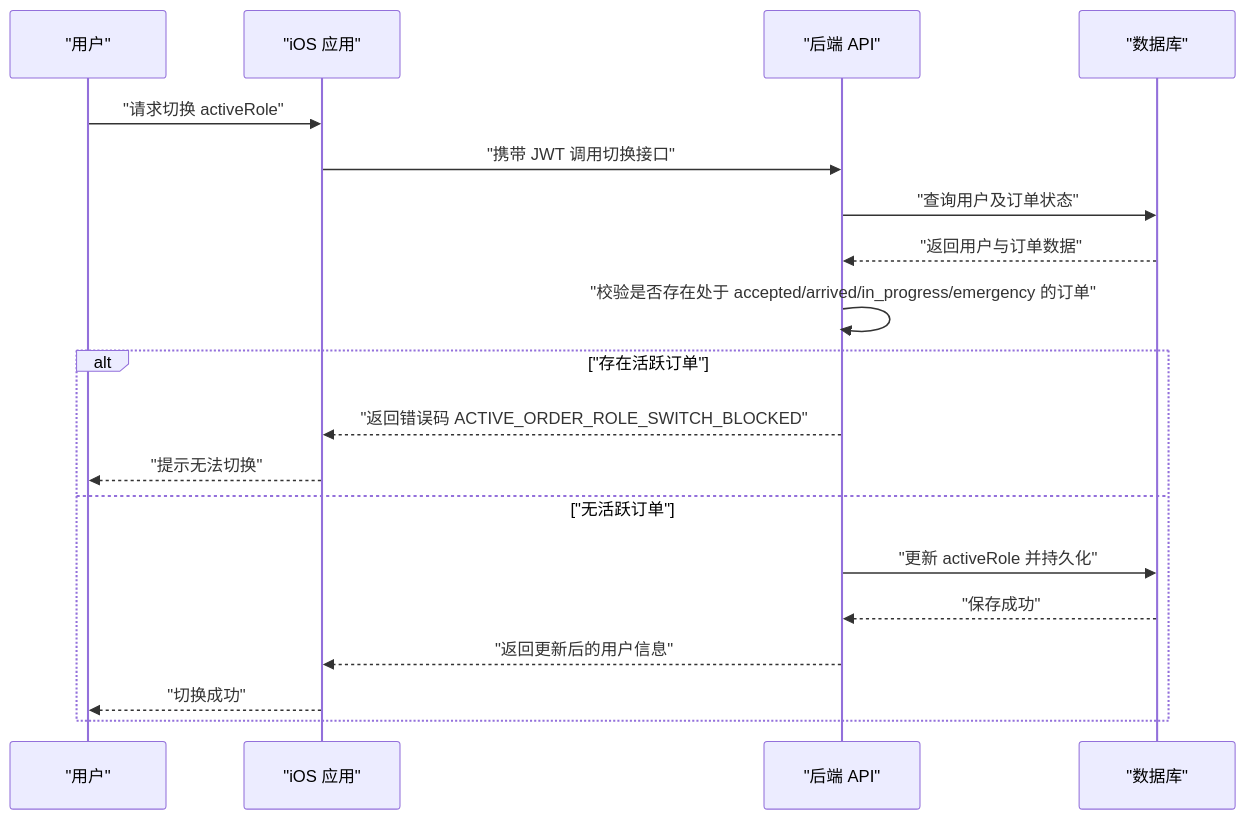
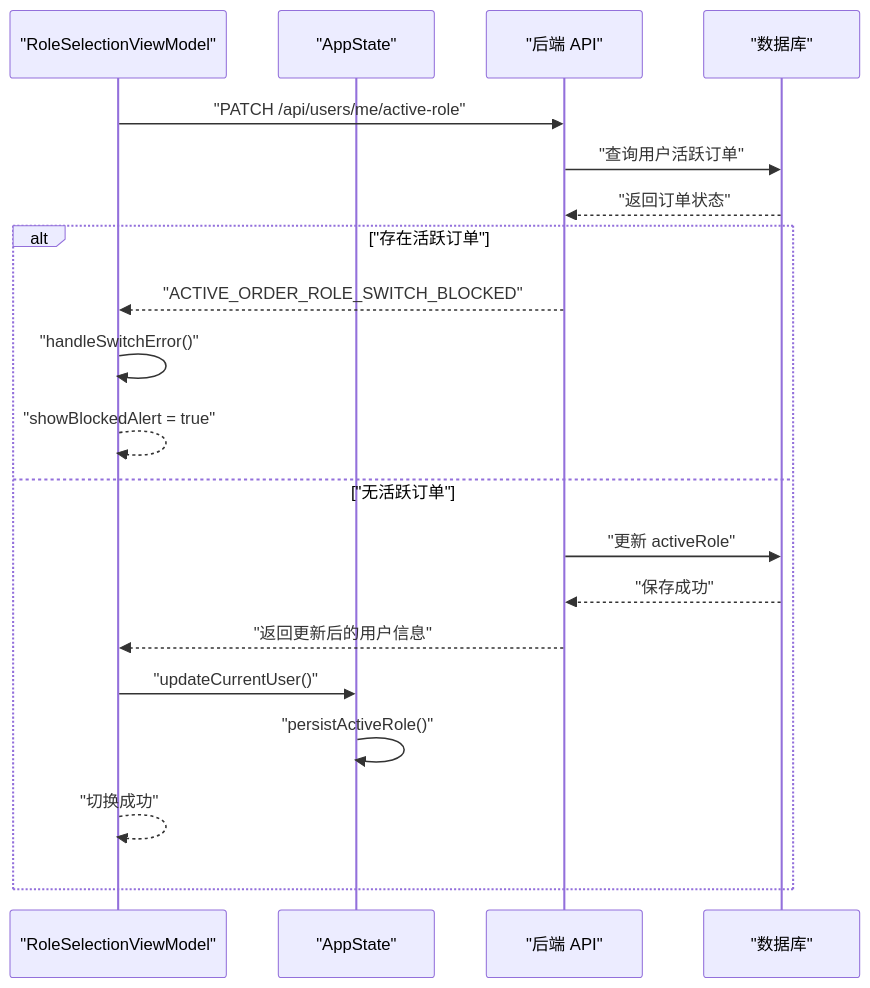
One commit to Jayden23018/blind-run-ios changed the fourth of 6 diagrams in .qoder/repowiki/zh/content/架构设计/模块化架构设计/Role 角色模块.md. Above: the diagram before and after it, drawn with Mermaid. The commit also changed other lines of this file and 21 other files, not shown here.

````diff
--- a/.qoder/repowiki/zh/content/架构设计/模块化架构设计/Role 角色模块.md
+++ b/.qoder/repowiki/zh/content/架构设计/模块化架构设计/Role 角色模块.md
@@ -89,21 +223,22 @@
 ```mermaid
 sequenceDiagram
-participant U as "用户"
-participant APP as "iOS 应用"
+participant RVM as "RoleSelectionViewModel"
+participant AS as "AppState"
 participant API as "后端 API"
 participant DB as "数据库"
-U->>APP : "请求切换 activeRole"
-APP->>API : "携带 JWT 调用切换接口"
-API->>DB : "查询用户及订单状态"
-DB-->>API : "返回用户与订单数据"
-API->>API : "校验是否存在处于 accepted/arrived/in_progress/emergency 的订单"
+RVM->>API : "PATCH /api/users/me/active-role"
+API->>DB : "查询用户活跃订单"
+DB-->>API : "返回订单状态"
 alt "存在活跃订单"
-API-->>APP : "返回错误码 ACTIVE_ORDER_ROLE_SWITCH_BLOCKED"
-APP-->>U : "提示无法切换"
+API-->>RVM : "ACTIVE_ORDER_ROLE_SWITCH_BLOCKED"
+RVM->>RVM : "handleSwitchError()"
+RVM-->>RVM : "showBlockedAlert = true"
 else "无活跃订单"
-API->>DB : "更新 activeRole 并持久化"
+API->>DB : "更新 activeRole"
 DB-->>API : "保存成功"
-API-->>APP : "返回更新后的用户信息"
-APP-->>U : "切换成功"
+API-->>RVM : "返回更新后的用户信息"
+RVM->>AS : "updateCurrentUser()"
+AS->>AS : "persistActiveRole()"
+RVM-->>RVM : "切换成功"
 end
 ```
````
